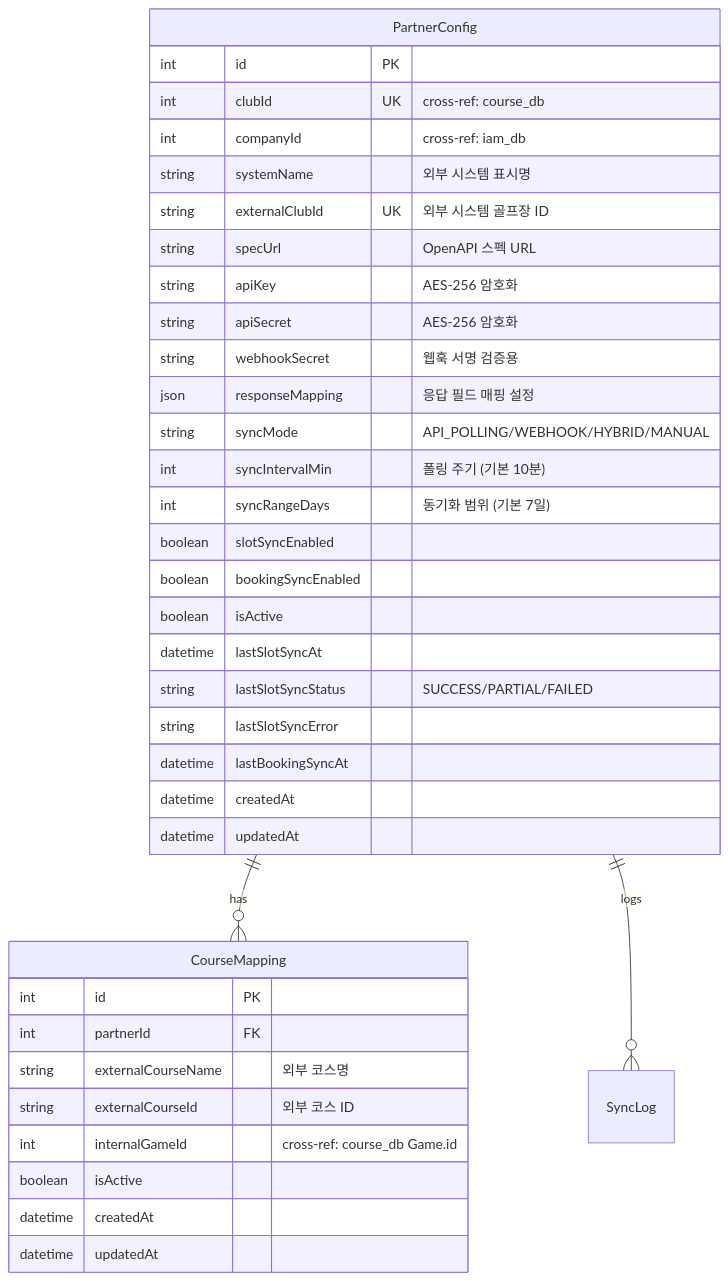
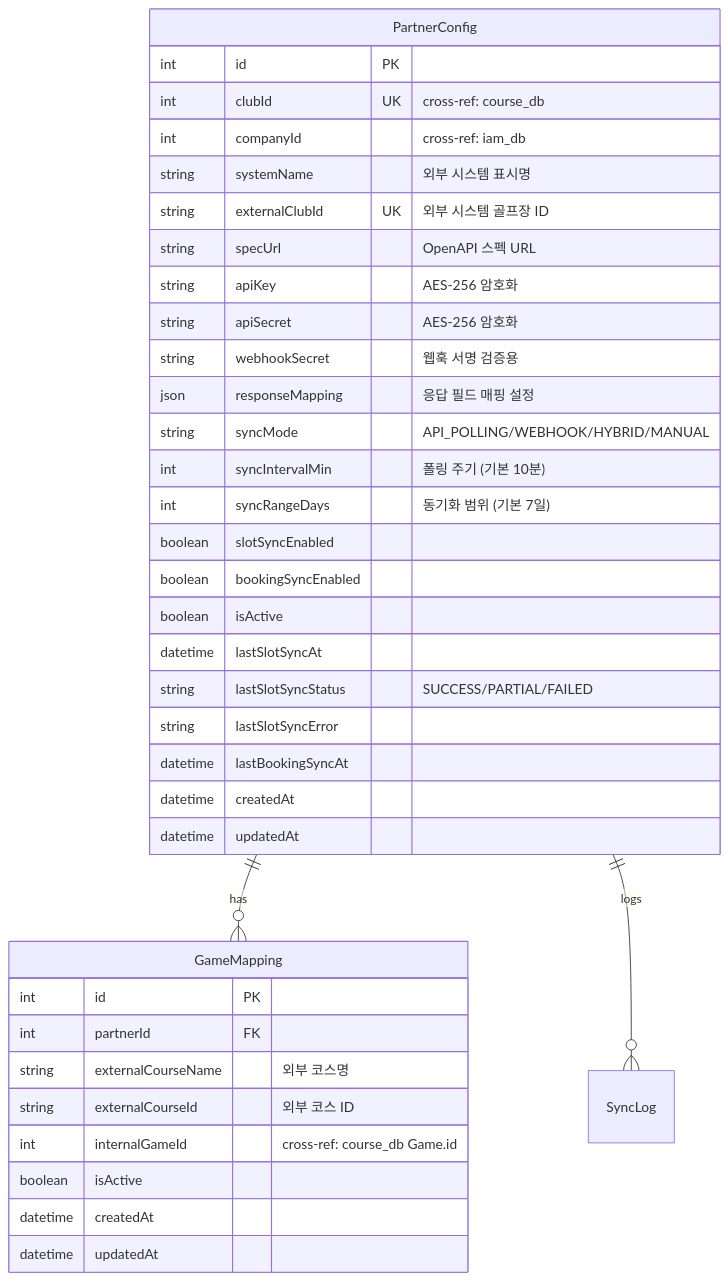
Before and after one commit to uniyous/parkgolf-platform: diagram 32 of 35 in docs/architecture/DATABASE.md, drawn with Mermaid. The commit also changed other lines of this file and 42 other files, not shown here.

````diff
--- a/docs/architecture/DATABASE.md
+++ b/docs/architecture/DATABASE.md
@@ -1474,41 +1474,41 @@
 ```mermaid
 erDiagram
-    PartnerConfig ||--o{ CourseMapping : "has"
+    PartnerConfig ||--o{ GameMapping : "has"
     PartnerConfig ||--o{ SyncLog : "logs"
 
     PartnerConfig {
         int id PK
         int clubId UK "cross-ref: course_db"
         int companyId "cross-ref: iam_db"
         string systemName "외부 시스템 표시명"
         string externalClubId UK "외부 시스템 골프장 ID"
         string specUrl "OpenAPI 스펙 URL"
         string apiKey "AES-256 암호화"
         string apiSecret "AES-256 암호화"
         string webhookSecret "웹훅 서명 검증용"
         json responseMapping "응답 필드 매핑 설정"
         string syncMode "API_POLLING/WEBHOOK/HYBRID/MANUAL"
         int syncIntervalMin "폴링 주기 (기본 10분)"
         int syncRangeDays "동기화 범위 (기본 7일)"
         boolean slotSyncEnabled
         boolean bookingSyncEnabled
         boolean isActive
         datetime lastSlotSyncAt
         string lastSlotSyncStatus "SUCCESS/PARTIAL/FAILED"
         string lastSlotSyncError
         datetime lastBookingSyncAt
         datetime createdAt
         datetime updatedAt
     }
 
-    CourseMapping {
+    GameMapping {
         int id PK
         int partnerId FK
         string externalCourseName "외부 코스명"
         string externalCourseId "외부 코스 ID"
         int internalGameId "cross-ref: course_db Game.id"
         boolean isActive
         datetime createdAt
         datetime updatedAt
     }
 ```
````
